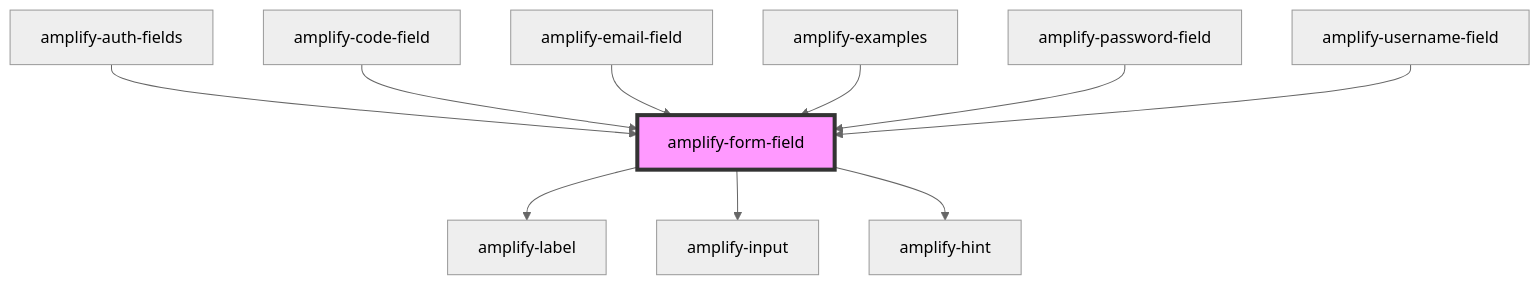
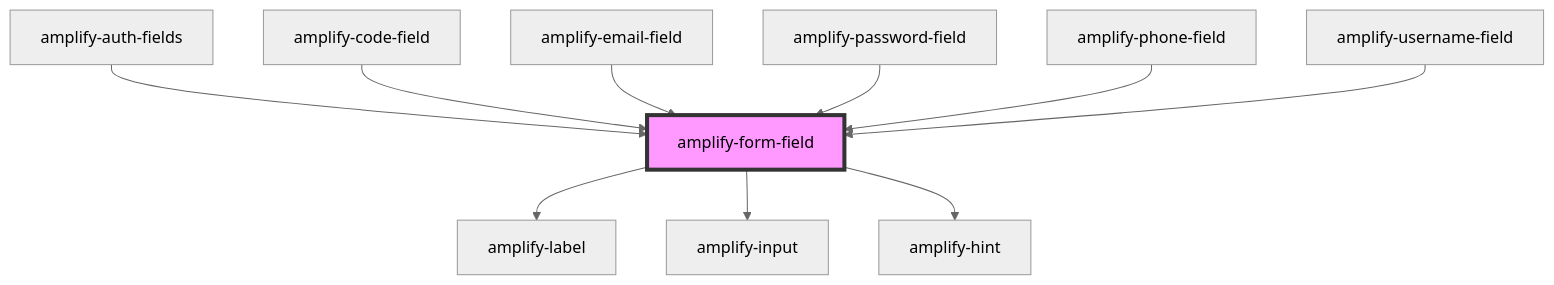
The diagram in packages/amplify-ui-components/src/components/amplify-form-field/readme.md (OneDev0411/amplify-js), drawn with Mermaid (neutral theme) before and after one commit. The commit also changed other lines of this file and 241 other files, not shown here.

````diff
--- a/packages/amplify-ui-components/src/components/amplify-form-field/readme.md
+++ b/packages/amplify-ui-components/src/components/amplify-form-field/readme.md
@@ -41,13 +42,13 @@
 ```mermaid
 graph TD;
   amplify-form-field --> amplify-label
   amplify-form-field --> amplify-input
   amplify-form-field --> amplify-hint
   amplify-auth-fields --> amplify-form-field
   amplify-code-field --> amplify-form-field
   amplify-email-field --> amplify-form-field
-  amplify-examples --> amplify-form-field
   amplify-password-field --> amplify-form-field
+  amplify-phone-field --> amplify-form-field
   amplify-username-field --> amplify-form-field
   style amplify-form-field fill:#f9f,stroke:#333,stroke-width:4px
 ```
````
